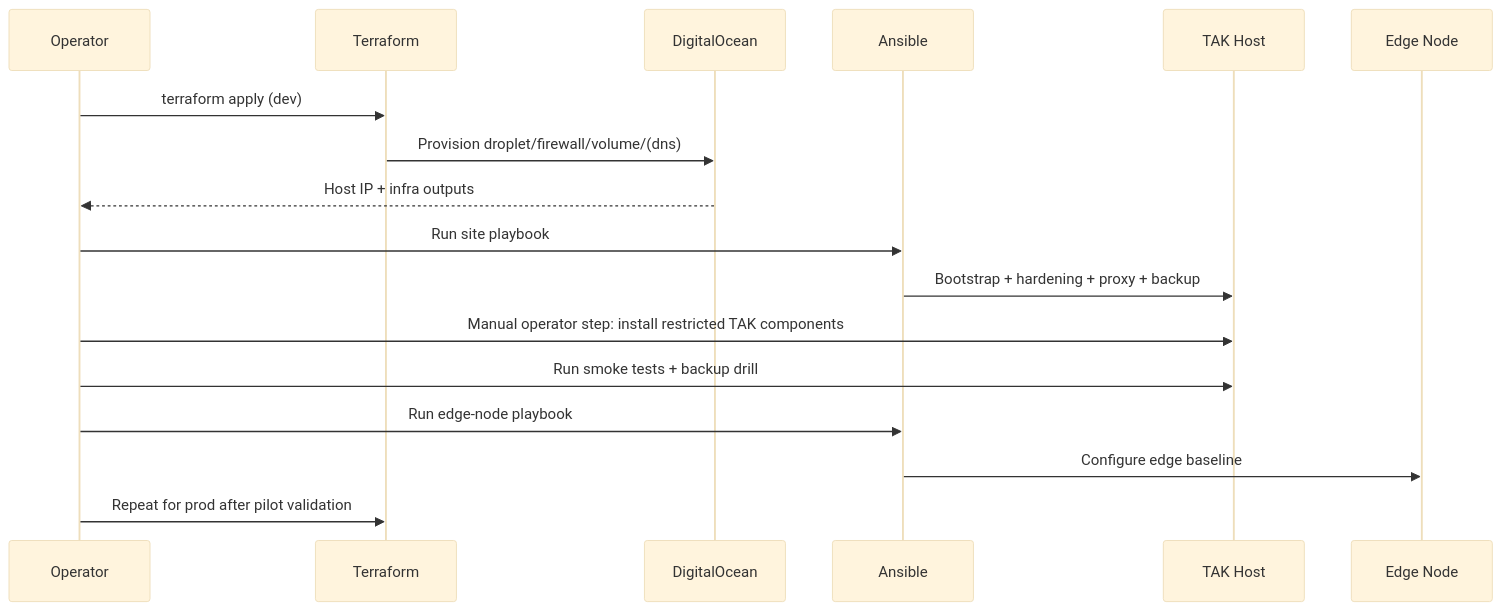
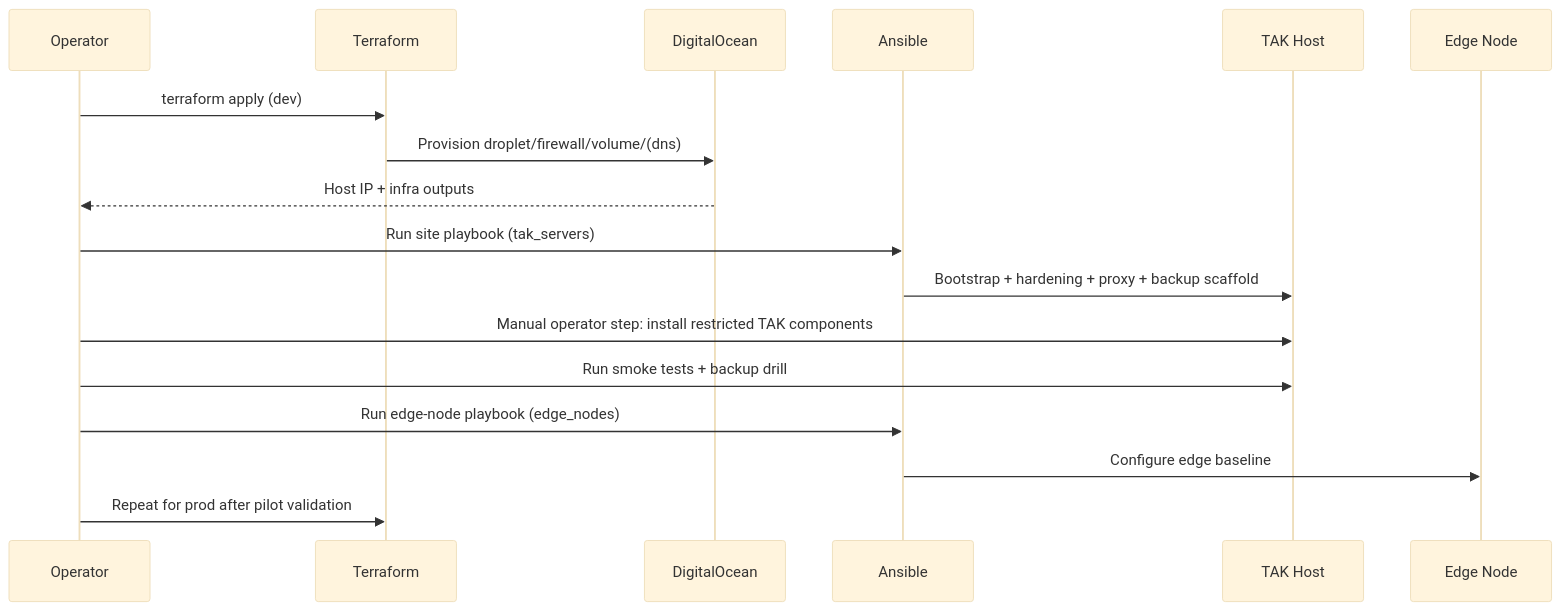
The diagram in docs/deployment-plan.md (bdaoud90/tak-ops), drawn with Mermaid (base theme) before and after one commit. The commit also changed other lines of this file and 26 other files, not shown here.

````diff
--- a/docs/deployment-plan.md
+++ b/docs/deployment-plan.md
@@ -4,20 +4,20 @@
 ```mermaid
 sequenceDiagram
   participant Op as Operator
   participant TF as Terraform
   participant DO as DigitalOcean
   participant AN as Ansible
   participant TAK as TAK Host
   participant EDGE as Edge Node
 
   Op->>TF: terraform apply (dev)
   TF->>DO: Provision droplet/firewall/volume/(dns)
   DO-->>Op: Host IP + infra outputs
-  Op->>AN: Run site playbook
-  AN->>TAK: Bootstrap + hardening + proxy + backup
+  Op->>AN: Run site playbook (tak_servers)
+  AN->>TAK: Bootstrap + hardening + proxy + backup scaffold
   Op->>TAK: Manual operator step: install restricted TAK components
   Op->>TAK: Run smoke tests + backup drill
-  Op->>AN: Run edge-node playbook
+  Op->>AN: Run edge-node playbook (edge_nodes)
   AN->>EDGE: Configure edge baseline
   Op->>TF: Repeat for prod after pilot validation
 ```
````
